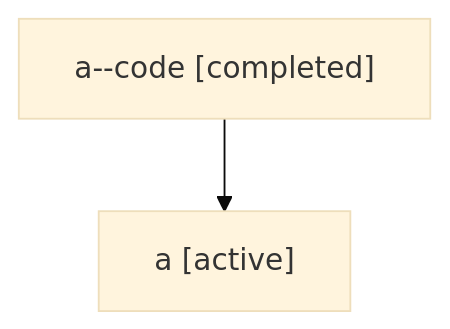
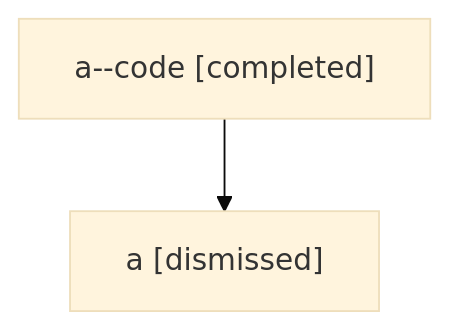
One commit to sase-org/sase--agents changed the diagram in sessions/bbugyi200.athena.a.md. Above: the diagram before and after it, drawn with Mermaid (base theme). The commit also changed other lines of this file and 22 other files, not shown here.

````diff
--- a/sessions/bbugyi200.athena.a.md
+++ b/sessions/bbugyi200.athena.a.md
@@ -9,6 +9,6 @@
 ```mermaid
 flowchart TD
   n0["a--code [completed]"]
-  n1["a [active]"]
+  n1["a [dismissed]"]
   n0 --> n1
 ```
````
